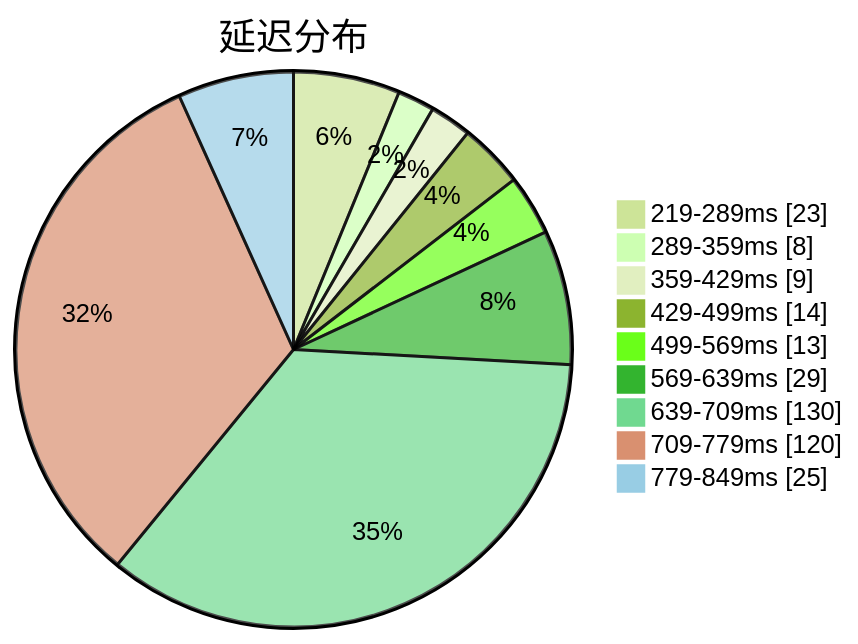
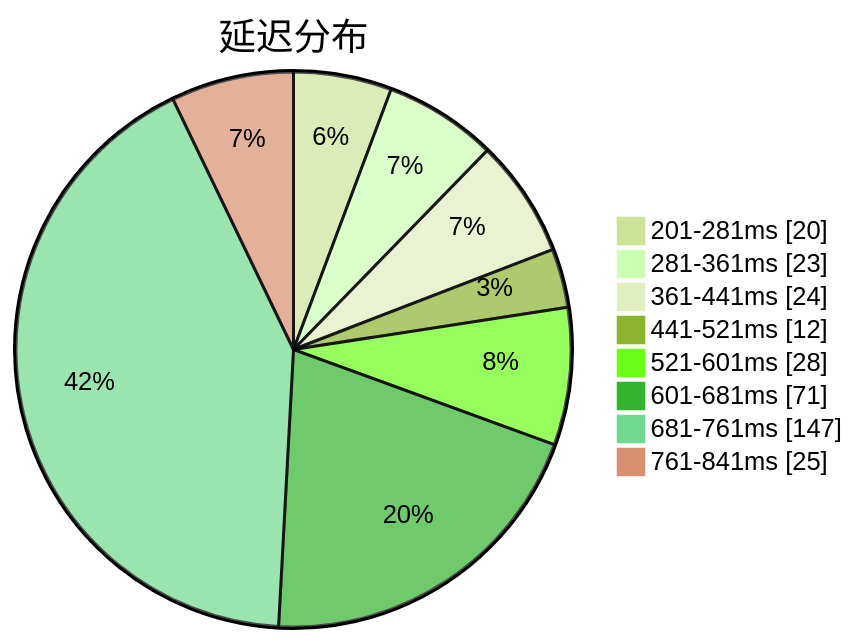
One commit to qjlxg/airport changed the first of 3 diagrams in subs/statistics/tested_within.md. Above: the diagram before and after it, drawn with Mermaid (forest theme). The commit also changed other lines of this file and 2 other files, not shown here.

Commit message:
Tested by metaST

````diff
--- a/subs/statistics/tested_within.md
+++ b/subs/statistics/tested_within.md
@@ -2,13 +2,12 @@
 ```mermaid
 pie showData
 title 延迟分布
-"219-289ms" : 23
-"289-359ms" : 8
-"359-429ms" : 9
-"429-499ms" : 14
-"499-569ms" : 13
-"569-639ms" : 29
-"639-709ms" : 130
-"709-779ms" : 120
-"779-849ms" : 25
+"201-281ms" : 20
+"281-361ms" : 23
+"361-441ms" : 24
+"441-521ms" : 12
+"521-601ms" : 28
+"601-681ms" : 71
+"681-761ms" : 147
+"761-841ms" : 25
 ```
````
